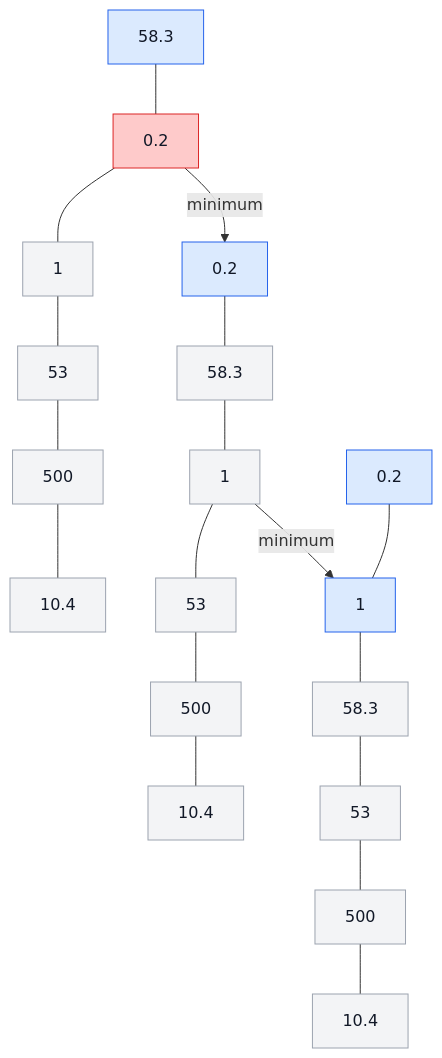
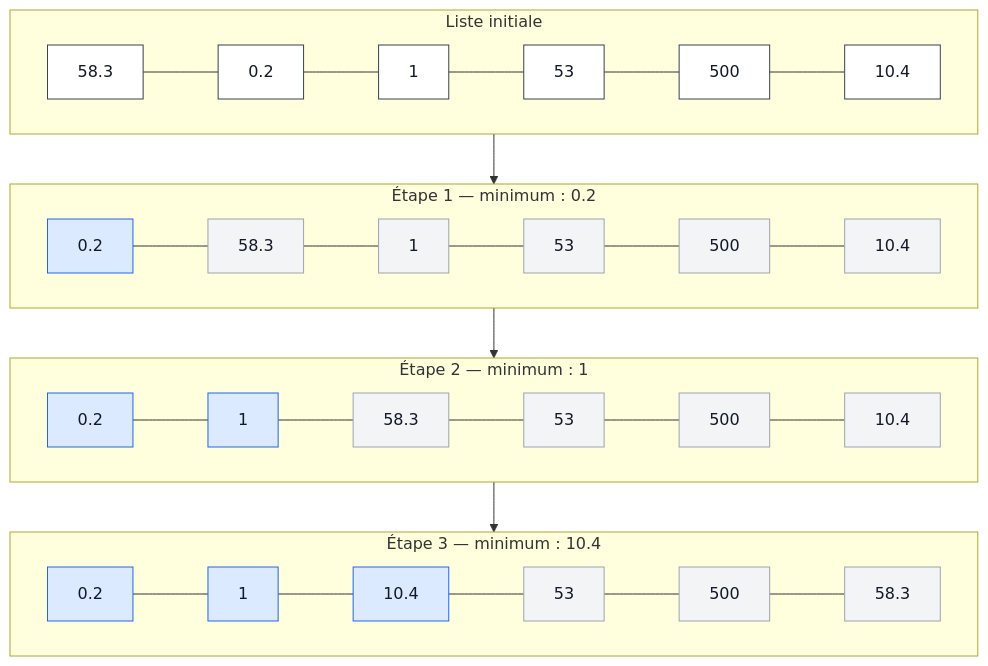
The first of 2 diagrams in cours.md (Ogust1-off/Informatique), drawn with Mermaid before and after one commit. The commit also changed other lines of this file, not shown here.

````diff
--- a/cours.md
+++ b/cours.md
@@ -847,35 +847,28 @@
 ```mermaid
 flowchart TB
+    subgraph S0["Liste initiale"]
+        direction LR
+        A1["58.3"]:::normal --- A2["0.2"]:::normal --- A3["1"]:::normal --- A4["53"]:::normal --- A5["500"]:::normal --- A6["10.4"]:::normal
+    end
 
-    A1["58.3"]:::sorted
-    A2["0.2"]:::selected
-    A3["1"]:::unsorted
-    A4["53"]:::unsorted
-    A5["500"]:::unsorted
-    A6["10.4"]:::unsorted
+    subgraph S1["Étape 1 — minimum : 0.2"]
+        direction LR
+        B1["0.2"]:::sorted --- B2["58.3"]:::unsorted --- B3["1"]:::unsorted --- B4["53"]:::unsorted --- B5["500"]:::unsorted --- B6["10.4"]:::unsorted
+    end
 
-    B1["0.2"]:::sorted
-    B2["58.3"]:::unsorted
-    B3["1"]:::unsorted
-    B4["53"]:::unsorted
-    B5["500"]:::unsorted
-    B6["10.4"]:::unsorted
+    subgraph S2["Étape 2 — minimum : 1"]
+        direction LR
+        C1["0.2"]:::sorted --- C2["1"]:::sorted --- C3["58.3"]:::unsorted --- C4["53"]:::unsorted --- C5["500"]:::unsorted --- C6["10.4"]:::unsorted
+    end
 
-    C1["0.2"]:::sorted
-    C2["1"]:::sorted
-    C3["58.3"]:::unsorted
-    C4["53"]:::unsorted
-    C5["500"]:::unsorted
-    C6["10.4"]:::unsorted
+    subgraph S3["Étape 3 — minimum : 10.4"]
+        direction LR
+        D1["0.2"]:::sorted --- D2["1"]:::sorted --- D3["10.4"]:::sorted --- D4["53"]:::unsorted --- D5["500"]:::unsorted --- D6["58.3"]:::unsorted
+    end
 
-    A1 --- A2 --- A3 --- A4 --- A5 --- A6
-    B1 --- B2 --- B3 --- B4 --- B5 --- B6
-    C1 --- C2 --- C3 --- C4 --- C5 --- C6
+    S0 --> S1 --> S2 --> S3
 
-    A2 -->|"minimum"| B1
-    B3 -->|"minimum"| C2
-
+    classDef normal fill:#ffffff,stroke:#374151,color:#111827;
     classDef sorted fill:#dbeafe,stroke:#2563eb,color:#111827;
-    classDef selected fill:#fecaca,stroke:#dc2626,color:#111827;
     classDef unsorted fill:#f3f4f6,stroke:#9ca3af,color:#111827;
 ```
````
